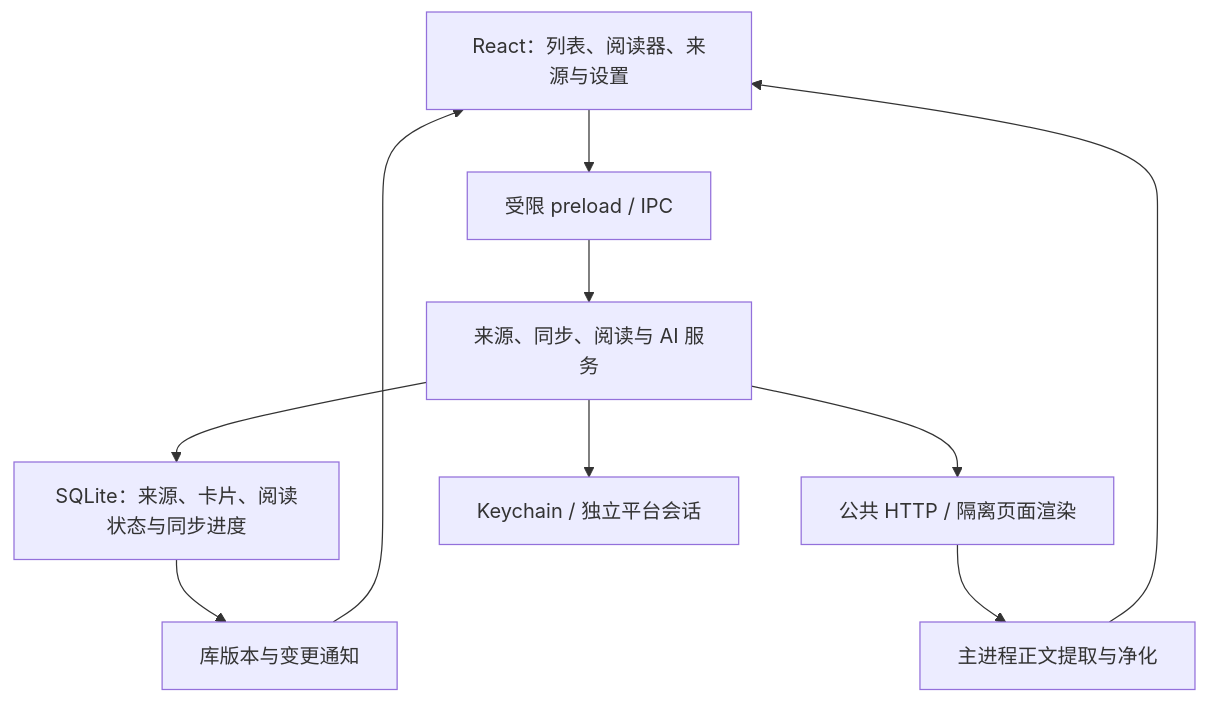
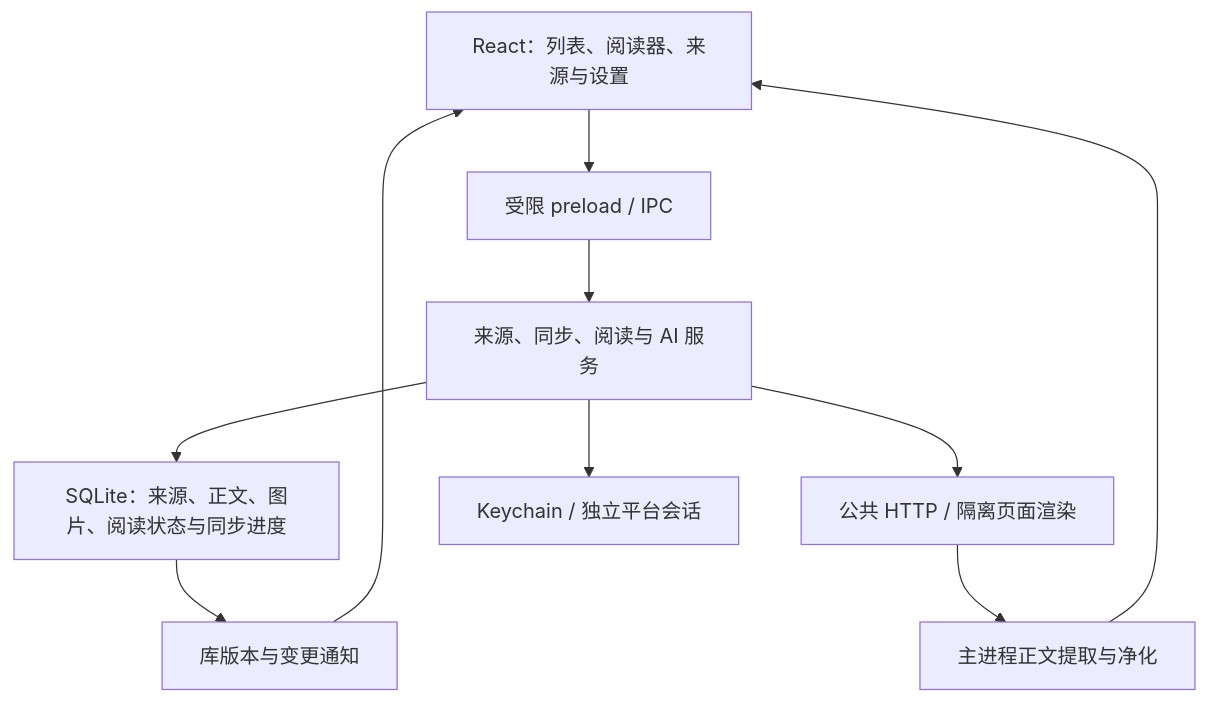
Before and after one commit to zeract/reading-hub: the diagram in docs/architecture.md, drawn with Mermaid. The commit also changed other lines of this file and 41 other files, not shown here.

````diff
--- a/docs/architecture.md
+++ b/docs/architecture.md
@@ -7,12 +7,12 @@
 ```mermaid
 flowchart TD
   UI[React：列表、阅读器、来源与设置] --> Bridge[受限 preload / IPC]
   Bridge --> Services[来源、同步、阅读与 AI 服务]
-  Services --> DB[SQLite：来源、卡片、阅读状态与同步进度]
+  Services --> DB[SQLite：来源、正文、图片、阅读状态与同步进度]
   Services --> Network[公共 HTTP / 隔离页面渲染]
   Services --> Secrets[Keychain / 独立平台会话]
   Network --> Reader[主进程正文提取与净化]
   Reader --> UI
   DB --> Changes[库版本与变更通知]
   Changes --> UI
 ```
````
